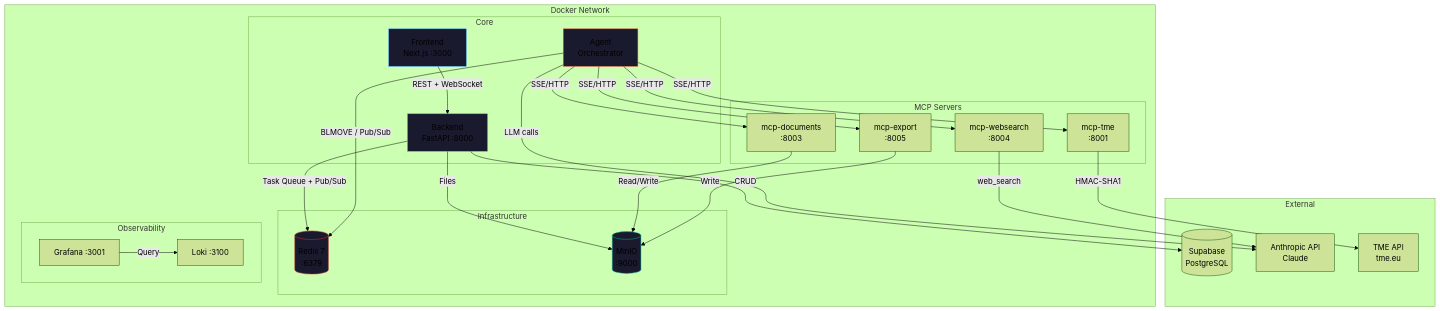
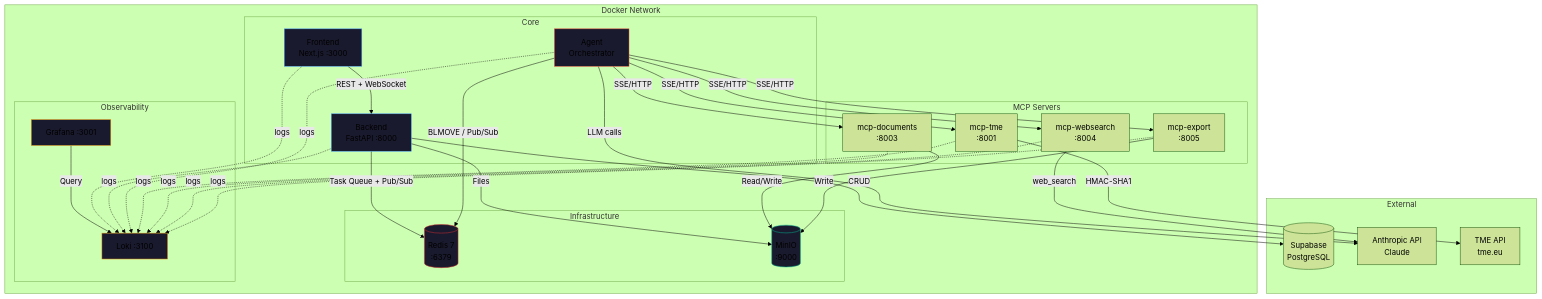
The first of 5 diagrams in README.md (MrFishPL/zane), drawn with Mermaid (forest theme) before and after one commit. The commit also changed 1 other file, not shown here.

Commit message:
fix(ci): enable Loki logging in deploy, add log flows to architecture diagram

````diff
--- a/README.md
+++ b/README.md
@@ -29,55 +29,64 @@
 ```mermaid
 graph TB
     subgraph External
         Supabase[(Supabase<br/>PostgreSQL)]
         Anthropic[Anthropic API<br/>Claude]
         TME[TME API<br/>tme.eu]
     end
 
     subgraph Docker Network
         subgraph Core
             FE[Frontend<br/>Next.js :3000]
             BE[Backend<br/>FastAPI :8000]
             AG[Agent<br/>Orchestrator]
         end
 
         subgraph Infrastructure
             RD[(Redis 7<br/>:6379)]
             MO[(MinIO<br/>:9000)]
         end
 
         subgraph MCP Servers
             MTME[mcp-tme<br/>:8001]
             MDOC[mcp-documents<br/>:8003]
             MWS[mcp-websearch<br/>:8004]
             MEXP[mcp-export<br/>:8005]
         end
 
         subgraph Observability
             LK[Loki :3100]
             GF[Grafana :3001]
         end
     end
 
     FE -->|REST + WebSocket| BE
     BE -->|CRUD| Supabase
     BE -->|Files| MO
     BE -->|Task Queue + Pub/Sub| RD
     AG -->|BLMOVE / Pub/Sub| RD
     AG -->|SSE/HTTP| MTME
     AG -->|SSE/HTTP| MDOC
     AG -->|SSE/HTTP| MWS
     AG -->|SSE/HTTP| MEXP
     AG -->|LLM calls| Anthropic
     MTME -->|HMAC-SHA1| TME
     MDOC -->|Read/Write| MO
     MEXP -->|Write| MO
     MWS -->|web_search| Anthropic
     GF -->|Query| LK
+    FE -.->|logs| LK
+    BE -.->|logs| LK
+    AG -.->|logs| LK
+    MTME -.->|logs| LK
+    MDOC -.->|logs| LK
+    MWS -.->|logs| LK
+    MEXP -.->|logs| LK
 
     style FE fill:#1a1a2e,stroke:#4a9eff
     style BE fill:#1a1a2e,stroke:#4a9eff
     style AG fill:#1a1a2e,stroke:#e74c3c
     style RD fill:#1a1a2e,stroke:#d63031
     style MO fill:#1a1a2e,stroke:#00b894
+    style LK fill:#1a1a2e,stroke:#f39c12
+    style GF fill:#1a1a2e,stroke:#f39c12
 ```
````
